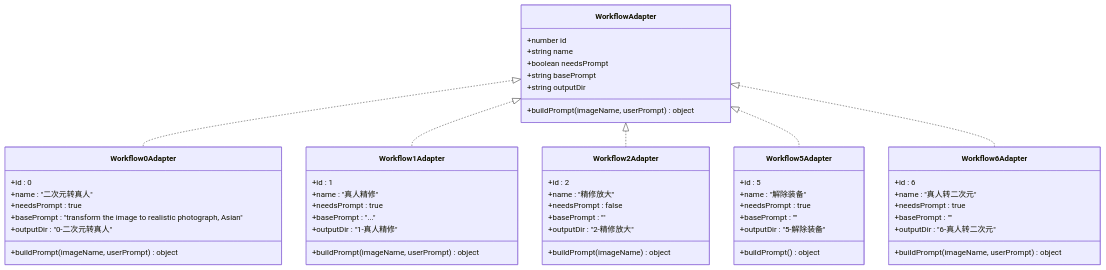
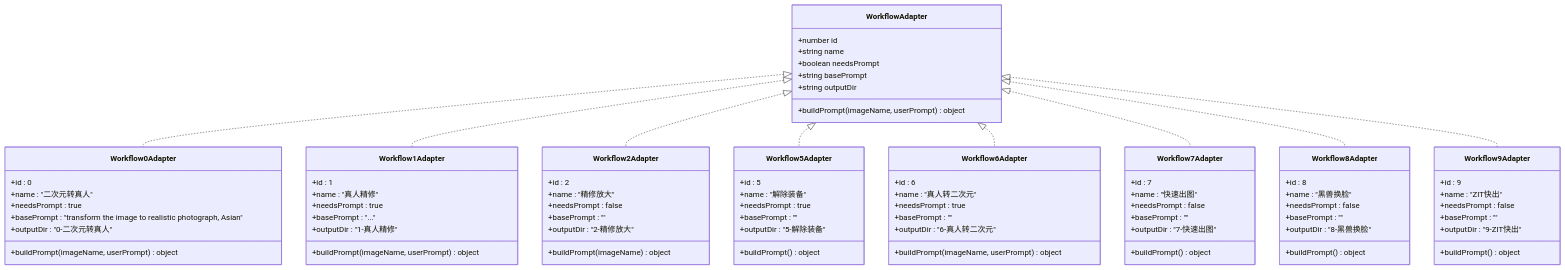
The third of 8 diagrams in .qoder/repowiki/zh/content/工作流系统/工作流系统.md (billye220670/CorineKit_Pix2Real), drawn with Mermaid before and after one commit. The commit also changed other lines of this file and 3 other files, not shown here.

````diff
--- a/.qoder/repowiki/zh/content/工作流系统/工作流系统.md
+++ b/.qoder/repowiki/zh/content/工作流系统/工作流系统.md
@@ -176,9 +193,36 @@
 +outputDir : "6-真人转二次元"
 +buildPrompt(imageName, userPrompt) object
 }
+class Workflow7Adapter {
++id : 7
++name : "快速出图"
++needsPrompt : false
++basePrompt : ""
++outputDir : "7-快速出图"
++buildPrompt() object
+}
+class Workflow8Adapter {
++id : 8
++name : "黑兽换脸"
++needsPrompt : false
++basePrompt : ""
++outputDir : "8-黑兽换脸"
++buildPrompt() object
+}
+class Workflow9Adapter {
++id : 9
++name : "ZIT快出"
++needsPrompt : false
++basePrompt : ""
++outputDir : "9-ZIT快出"
++buildPrompt() object
+}
 WorkflowAdapter <|.. Workflow0Adapter
 WorkflowAdapter <|.. Workflow1Adapter
 WorkflowAdapter <|.. Workflow2Adapter
 WorkflowAdapter <|.. Workflow5Adapter
 WorkflowAdapter <|.. Workflow6Adapter
+WorkflowAdapter <|.. Workflow7Adapter
+WorkflowAdapter <|.. Workflow8Adapter
+WorkflowAdapter <|.. Workflow9Adapter
 ```
````
